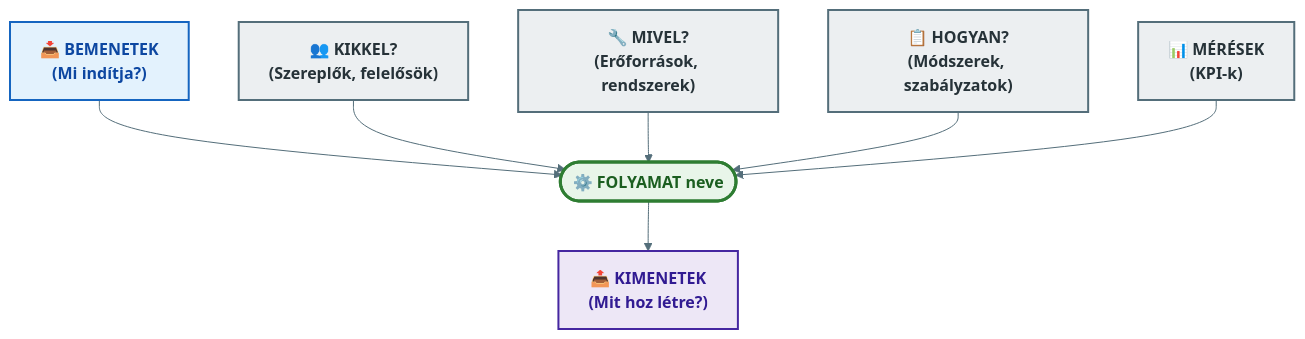
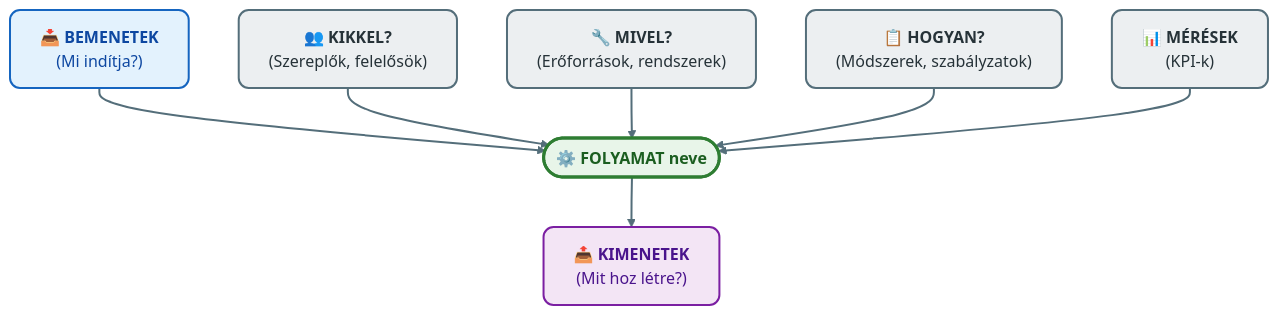
One commit to denespocsik/MM_BSC_Zarovizsga changed the first of 2 diagrams in Tételek/V05-GMXSF2MBLF-Folyamatszemléletű irányítási rendszerek.tétel.md. Above: the diagram before and after it, drawn with Mermaid. The commit also changed other lines of this file and 34 other files, not shown here.

First line of the commit message:
style(tételek): egységes vizuális arculat a Mermaid-diagramokhoz

````diff
--- a/Tételek/V05-GMXSF2MBLF-Folyamatszemléletű irányítási rendszerek.tétel.md
+++ b/Tételek/V05-GMXSF2MBLF-Folyamatszemléletű irányítási rendszerek.tétel.md
@@ -37,16 +37,17 @@
 ```mermaid
-%%{init: {'theme': 'base', 'themeVariables': {'primaryColor': '#E3F2FD', 'primaryBorderColor': '#1565C0', 'lineColor': '#546E7A', 'edgeLabelBackground': '#F5F5F5'}}}%%
 flowchart TB
-    classDef input   fill:#E3F2FD,stroke:#1565C0,stroke-width:2px,color:#0D47A1,font-weight:bold
-    classDef support fill:#ECEFF1,stroke:#546E7A,stroke-width:2px,color:#263238,font-weight:bold
-    classDef process fill:#E8F5E9,stroke:#2E7D32,stroke-width:3px,color:#1B5E20,font-weight:bold
-    classDef output  fill:#EDE7F6,stroke:#4527A0,stroke-width:2px,color:#311B92,font-weight:bold
+    BE["📥 <b>BEMENETEK</b><br/>(Mi indítja?)"]:::kek --> FO
+    KI["👥 <b>KIKKEL?</b><br/>(Szereplők, felelősök)"]:::szurke --> FO
+    MI["🔧 <b>MIVEL?</b><br/>(Erőforrások, rendszerek)"]:::szurke --> FO
+    HO["📋 <b>HOGYAN?</b><br/>(Módszerek, szabályzatok)"]:::szurke --> FO
+    ME["📊 <b>MÉRÉSEK</b><br/>(KPI-k)"]:::szurke --> FO
+    FO(["⚙️ <b>FOLYAMAT neve</b>"]):::zoldH
+    FO --> KIM["📤 <b>KIMENETEK</b><br/>(Mit hoz létre?)"]:::lila
 
-    BE["📥 BEMENETEK<br/>(Mi indítja?)"]:::input --> FO
-    KI["👥 KIKKEL?<br/>(Szereplők, felelősök)"]:::support --> FO
-    MI["🔧 MIVEL?<br/>(Erőforrások, rendszerek)"]:::support --> FO
-    HO["📋 HOGYAN?<br/>(Módszerek, szabályzatok)"]:::support --> FO
-    ME["📊 MÉRÉSEK<br/>(KPI-k)"]:::support --> FO
-    FO(["⚙️ FOLYAMAT neve"]):::process
-    FO --> KIM["📤 KIMENETEK<br/>(Mit hoz létre?)"]:::output
+    classDef kek    fill:#e3f2fd,stroke:#1565c0,stroke-width:2px,color:#0d47a1,rx:10,ry:10;
+    classDef zoldH  fill:#e8f5e9,stroke:#2e7d32,stroke-width:3px,color:#1b5e20,rx:10,ry:10;
+    classDef lila   fill:#f3e5f5,stroke:#7b1fa2,stroke-width:2px,color:#4a148c,rx:10,ry:10;
+    classDef szurke fill:#eceff1,stroke:#546e7a,stroke-width:2px,color:#263238,rx:10,ry:10;
+
+    linkStyle default stroke:#546e7a,stroke-width:2px;
 ```
````
